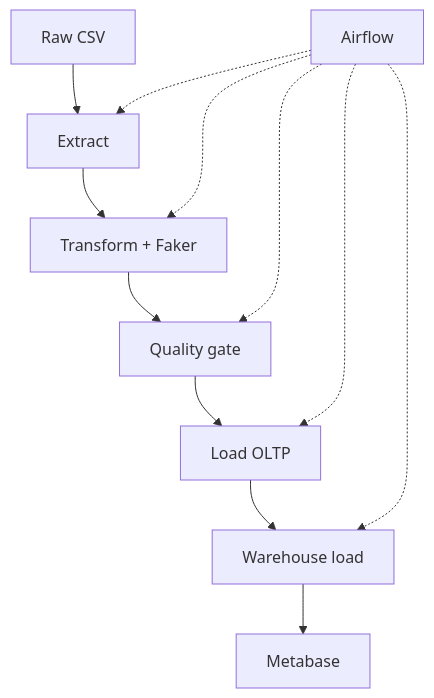
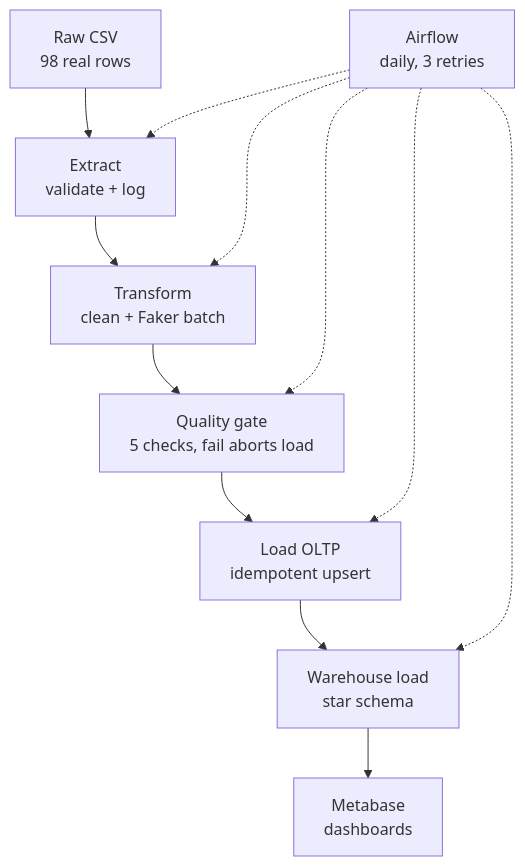
The diagram in README.md (sthasamin2019/football-data-warehouse), drawn with Mermaid before and after one commit.

Commit message:
Simplify mermaid syntax for better GitHub compatibility

````diff
--- a/README.md
+++ b/README.md
@@ -21,14 +21,14 @@
 ```mermaid
 flowchart TD
-    A[Raw CSV] --> B[Extract]
-    B --> C[Transform + Faker]
-    C --> D[Quality gate]
-    D --> E[Load OLTP]
-    E --> F[Warehouse load]
-    F --> G[Metabase]
-    H[Airflow] -.-> B
+    A["Raw CSV<br/>98 real rows"] --> B["Extract<br/>validate + log"]
+    B --> C["Transform<br/>clean + Faker batch"]
+    C --> D["Quality gate<br/>5 checks, fail aborts load"]
+    D --> E["Load OLTP<br/>idempotent upsert"]
+    E --> F["Warehouse load<br/>star schema"]
+    F --> G["Metabase<br/>dashboards"]
+    H["Airflow<br/>daily, 3 retries"] -.-> B
     H -.-> C
     H -.-> D
     H -.-> E
     H -.-> F
 ```
````
